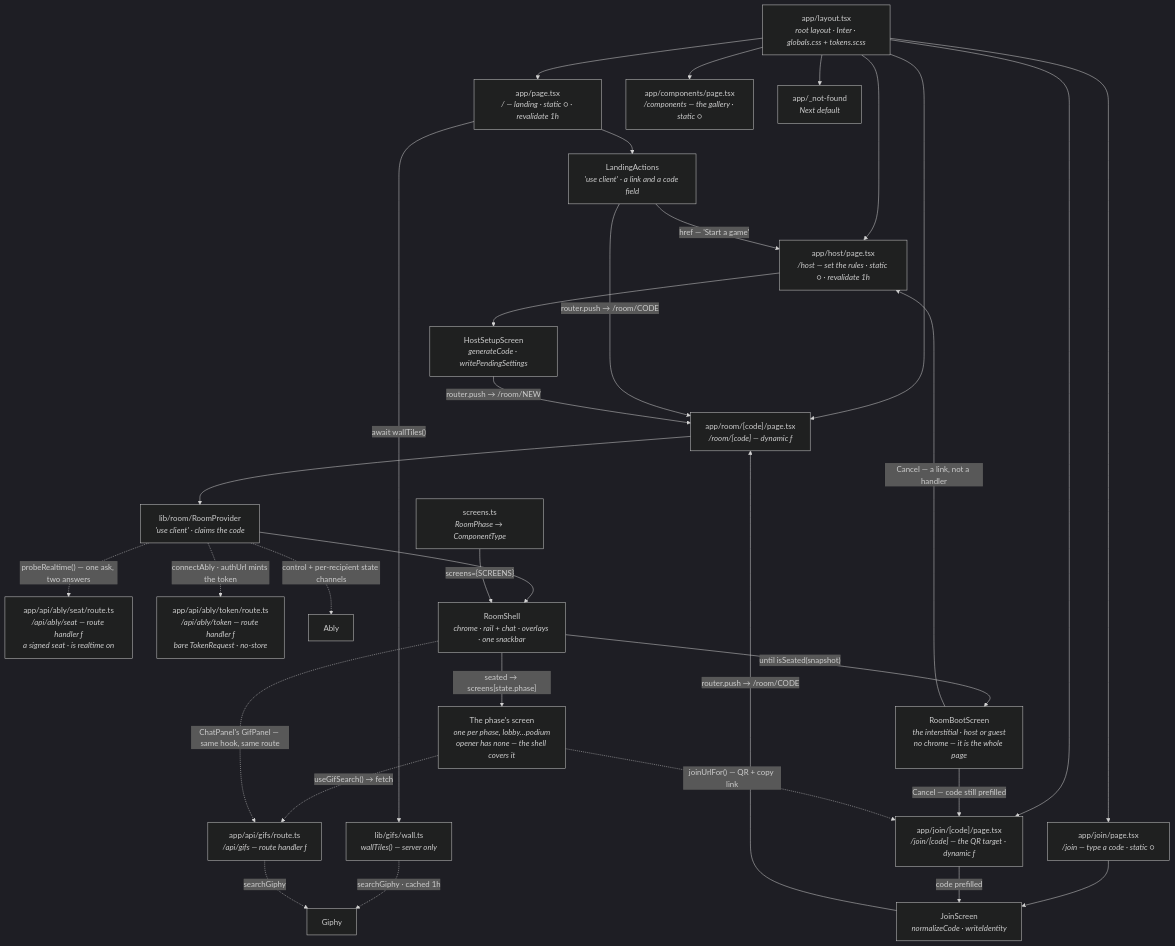
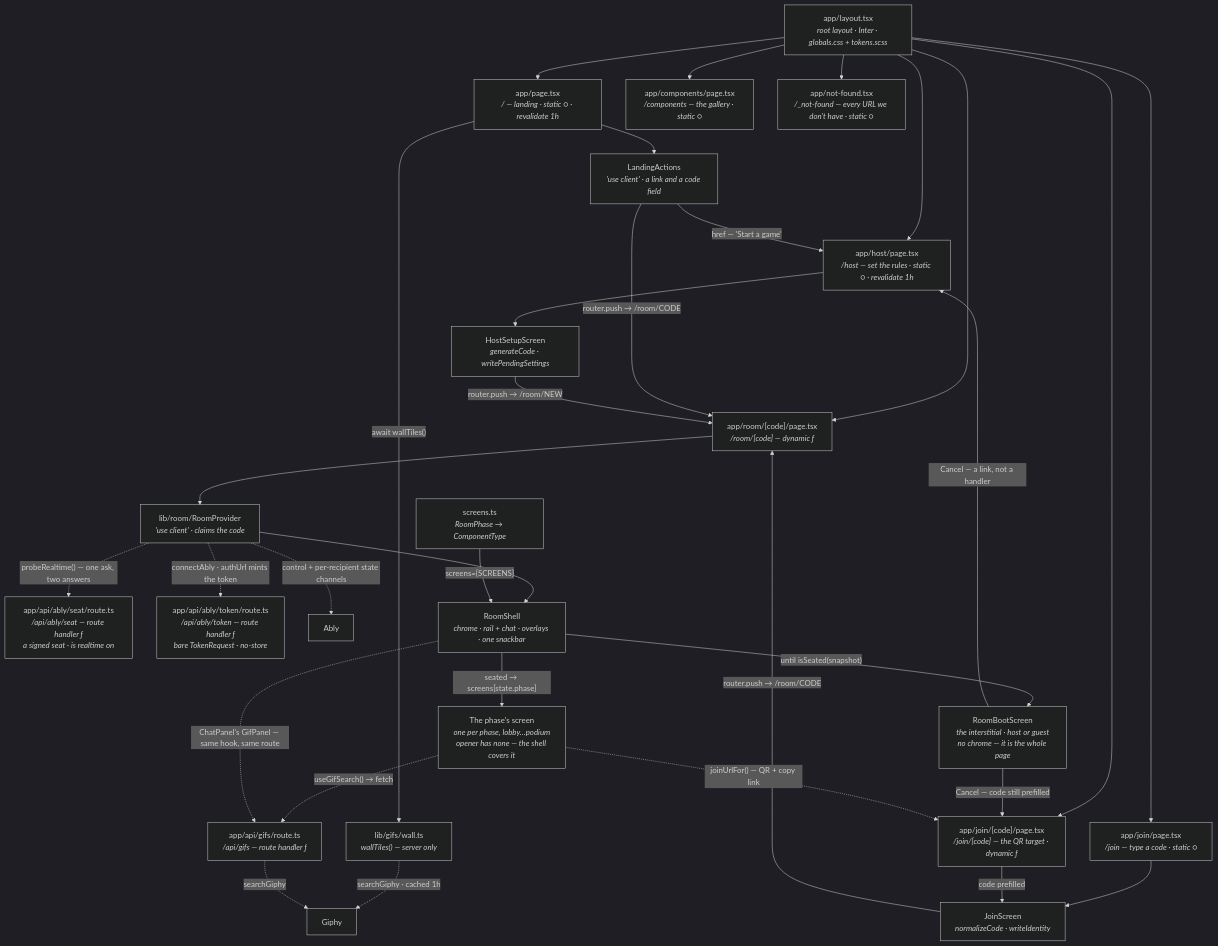
One commit to Jmeza081/captionist changed the first of 12 diagrams in docs/architecture.md. Above: the diagram before and after it, drawn with Mermaid (dark theme). The commit also changed other lines of this file and 9 other files, not shown here.

````diff
--- a/docs/architecture.md
+++ b/docs/architecture.md
@@ -294,56 +311,56 @@
 ```mermaid
 graph TD
   L["app/layout.tsx<br/><i>root layout · Inter · globals.css + tokens.scss</i>"]
   P["app/page.tsx<br/><i>/ — landing · static ○ · revalidate 1h</i>"]
   C["app/components/page.tsx<br/><i>/components — the gallery · static ○</i>"]
   H["app/host/page.tsx<br/><i>/host — set the rules · static ○ · revalidate 1h</i>"]
   J["app/join/page.tsx<br/><i>/join — type a code · static ○</i>"]
   JC["app/join/[code]/page.tsx<br/><i>/join/[code] — the QR target · dynamic ƒ</i>"]
   R["app/room/[code]/page.tsx<br/><i>/room/[code] — dynamic ƒ</i>"]
   A["app/api/gifs/route.ts<br/><i>/api/gifs — route handler ƒ</i>"]
   SE["app/api/ably/seat/route.ts<br/><i>/api/ably/seat — route handler ƒ<br/>a signed seat · is realtime on</i>"]
   TK["app/api/ably/token/route.ts<br/><i>/api/ably/token — route handler ƒ<br/>bare TokenRequest · no-store</i>"]
   AB["Ably"]
-  NF["app/_not-found<br/><i>Next default</i>"]
+  NF["app/not-found.tsx<br/><i>/_not-found — every URL we don't have · static ○</i>"]
   W["lib/gifs/wall.ts<br/><i>wallTiles() — server only</i>"]
   GY["Giphy"]
   LA["LandingActions<br/><i>'use client' · a link and a code field</i>"]
   HS["HostSetupScreen<br/><i>generateCode · writePendingSettings</i>"]
   JS["JoinScreen<br/><i>normalizeCode · writeIdentity</i>"]
   RP["lib/room/RoomProvider<br/><i>'use client' · claims the code</i>"]
   SH["RoomShell<br/><i>chrome · rail + chat · overlays · one snackbar</i>"]
   BT["RoomBootScreen<br/><i>the interstitial · host or guest<br/>no chrome — it is the whole page</i>"]
   SC["screens.ts<br/><i>RoomPhase → ComponentType</i>"]
   SCR["The phase's screen<br/><i>one per phase, lobby…podium<br/>opener has none — the shell covers it</i>"]
 
   L --> P
   L --> C
   L --> H
   L --> J
   L --> JC
   L --> R
   L --> NF
   P -->|"await wallTiles()"| W
   W -.->|"searchGiphy · cached 1h"| GY
   P --> LA
   LA -->|"href — 'Start a game'"| H
   LA -->|"router.push → /room/CODE"| R
   H --> HS
   J --> JS
   JC -->|"code prefilled"| JS
   HS -->|"router.push → /room/NEW"| R
   JS -->|"router.push → /room/CODE"| R
   R --> RP --> SH
   RP -.->|"probeRealtime() — one ask, two answers"| SE
   RP -.->|"connectAbly · authUrl mints the token"| TK
   RP -.->|"control + per-recipient state channels"| AB
   SC -->|"screens={SCREENS}"| SH
   SH -->|"until isSeated(snapshot)"| BT
   BT -->|"Cancel — a link, not a handler"| H
   BT -->|"Cancel — code still prefilled"| JC
   SH -->|"seated → screens[state.phase]"| SCR
   SCR -.->|"joinUrlFor() — QR + copy link"| JC
   SCR -.->|"useGifSearch() → fetch"| A
   SH -.->|"ChatPanel's GifPanel — same hook, same route"| A
   A -.->|"searchGiphy"| GY
 ```
````
